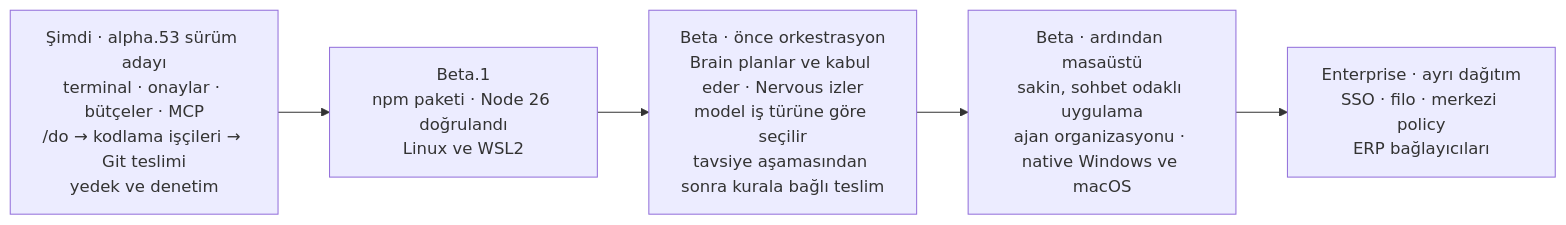
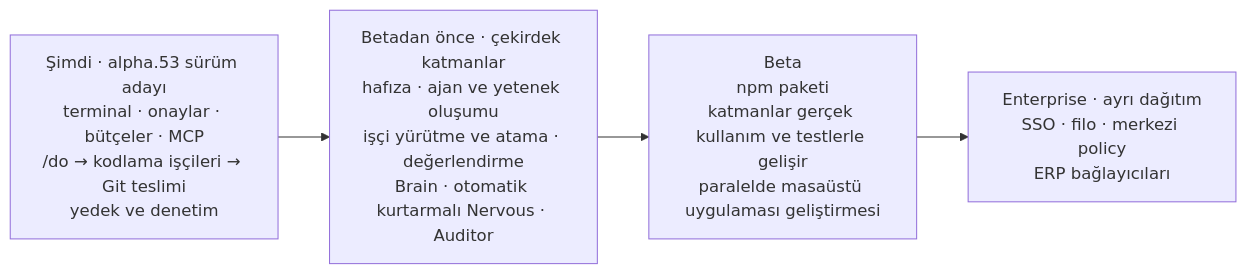
One commit to Verhex/deckent-next changed the sixth of 6 diagrams in README.tr.md. Above: the diagram before and after it, drawn with Mermaid. The commit also changed other lines of this file and 3 other files, not shown here.

First line of the commit message:
docs(readme): roadmap puts the seven core layers before the beta and Desktop in parallel during it

````diff
--- a/README.tr.md
+++ b/README.tr.md
@@ -490,7 +491,6 @@
 ```mermaid
 flowchart LR
-  N["Şimdi · alpha.53 sürüm adayı<br/>terminal · onaylar · bütçeler · MCP<br/>/do → kodlama işçileri → Git teslimi<br/>yedek ve denetim"] --> B1["Beta.1<br/>npm paketi · Node 26 doğrulandı<br/>Linux ve WSL2"]
-  B1 --> O["Beta · önce orkestrasyon<br/>Brain planlar ve kabul eder · Nervous izler<br/>model iş türüne göre seçilir<br/>tavsiye aşamasından sonra kurala bağlı teslim"]
-  O --> D["Beta · ardından masaüstü<br/>sakin, sohbet odaklı uygulama<br/>ajan organizasyonu · native Windows ve macOS"]
-  D --> E["Enterprise · ayrı dağıtım<br/>SSO · filo · merkezi policy<br/>ERP bağlayıcıları"]
+  N["Şimdi · alpha.53 sürüm adayı<br/>terminal · onaylar · bütçeler · MCP<br/>/do → kodlama işçileri → Git teslimi<br/>yedek ve denetim"] --> C["Betadan önce · çekirdek katmanlar<br/>hafıza · ajan ve yetenek oluşumu<br/>işçi yürütme ve atama · değerlendirme<br/>Brain · otomatik kurtarmalı Nervous · Auditor"]
+  C --> B["Beta<br/>npm paketi<br/>katmanlar gerçek kullanım ve testlerle gelişir<br/>paralelde masaüstü uygulaması geliştirmesi"]
+  B --> E["Enterprise · ayrı dağıtım<br/>SSO · filo · merkezi policy<br/>ERP bağlayıcıları"]
 ```
````
